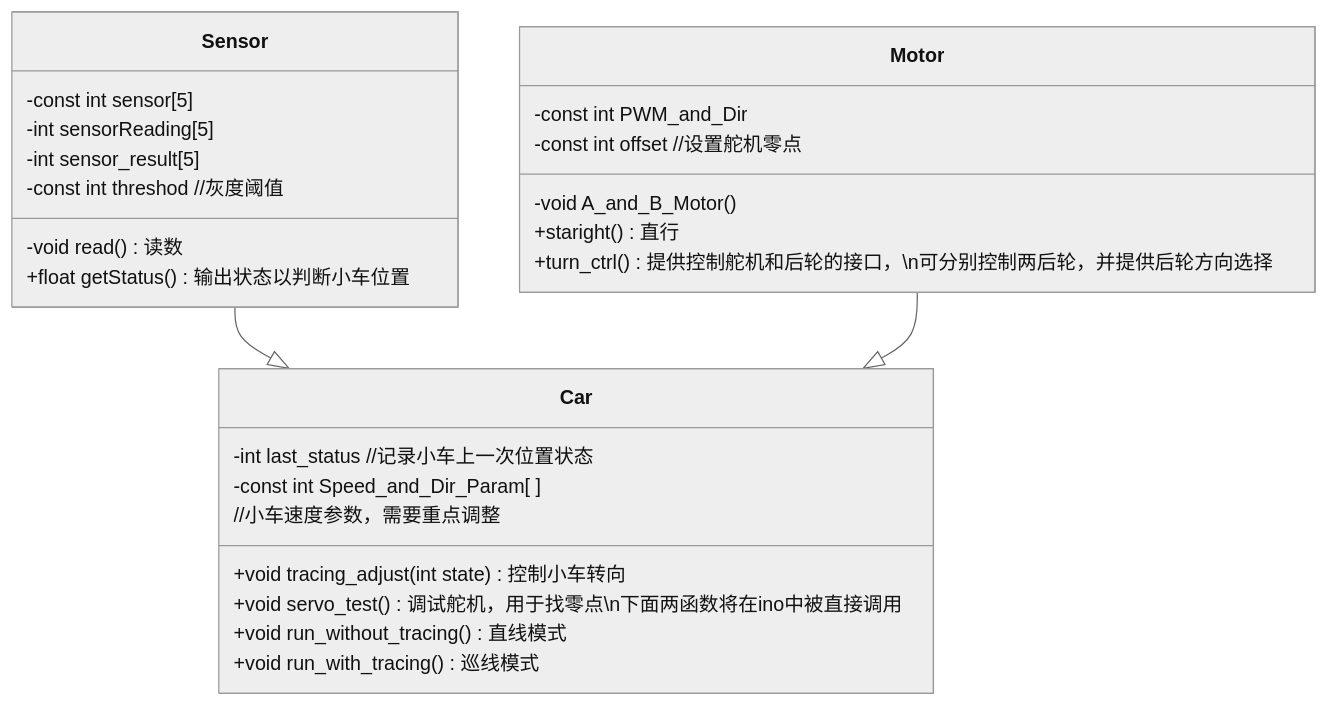
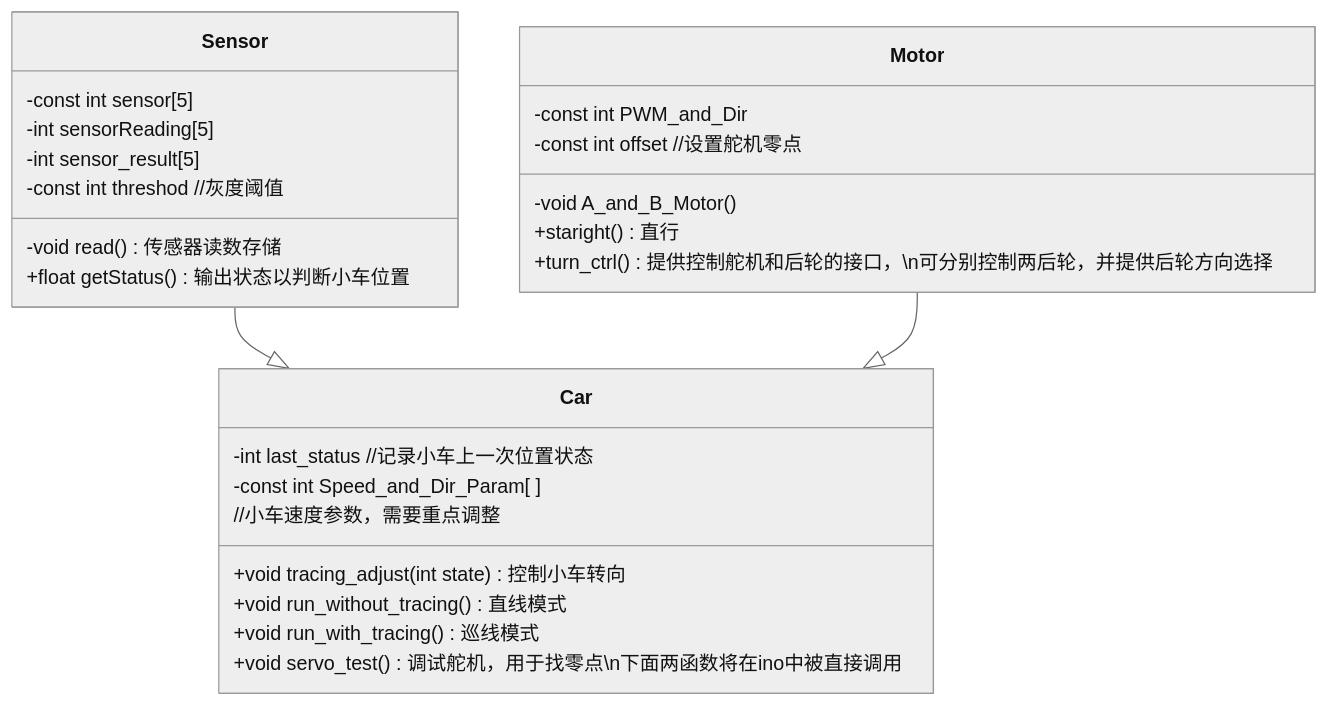
The first of 2 diagrams in README.md (0kitasan/TracingCar), drawn with Mermaid (neutral theme) before and after one commit.

Commit message:
mermaid15

````diff
--- a/README.md
+++ b/README.md
@@ -11,30 +11,29 @@
 ``` mermaid
 classDiagram
     Sensor --|> Car
     Motor --|> Car
     class Sensor{
         -const int sensor[5]
         -int sensorReading[5]
         -int sensor_result[5]
         -const int threshod //灰度阈值
-        -void read() 读数
+        -void read() 传感器读数存储
         +float getStatus() 输出状态以判断小车位置
     }
     class Motor{
         -const int PWM_and_Dir
         -const int offset //设置舵机零点
         -void A_and_B_Motor()
         +staright() 直行
         +turn_ctrl() 提供控制舵机和后轮的接口，\n可分别控制两后轮，并提供后轮方向选择
     }
     class Car{
         -int last_status //记录小车上一次位置状态
         -const int Speed_and_Dir_Param[ ] 
         //小车速度参数，需要重点调整
         +void tracing_adjust(int state) 控制小车转向
-        +void servo_test() 调试舵机，用于找零点\n下面两函数将在ino中被直接调用
-
         +void run_without_tracing() 直线模式
         +void run_with_tracing() 巡线模式
+        +void servo_test() 调试舵机，用于找零点\n下面两函数将在ino中被直接调用
     }
 ```
````
